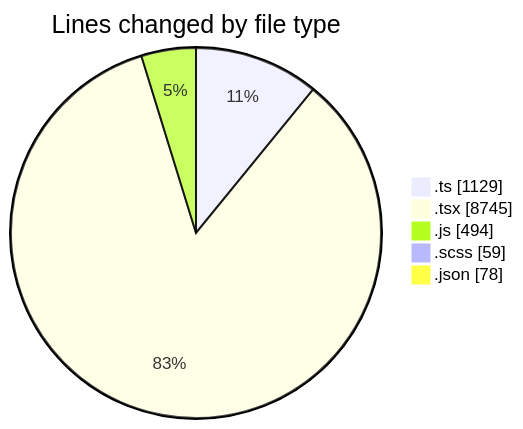
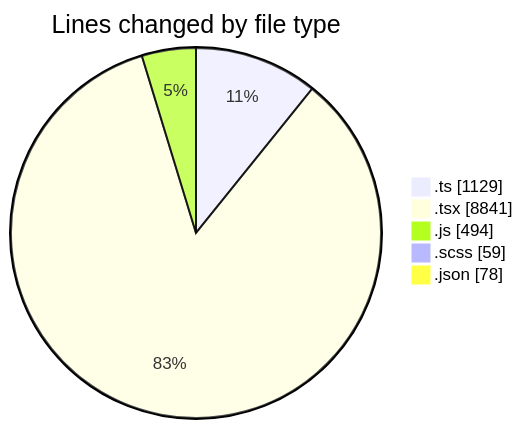
Before and after one commit to momahboobian/code-tracking: the first of 2 diagrams in 2025-09-02/cda/README.md, drawn with Mermaid. The commit also changed other lines of this file and 1 other file, not shown here.

````diff
--- a/2025-09-02/cda/README.md
+++ b/2025-09-02/cda/README.md
@@ -33,9 +33,9 @@
 ```mermaid
 pie showData
 title Lines changed by file type
 ".ts" : 1129
-".tsx" : 8745
+".tsx" : 8841
 ".js" : 494
 ".scss" : 59
 ".json" : 78
 ```
````
